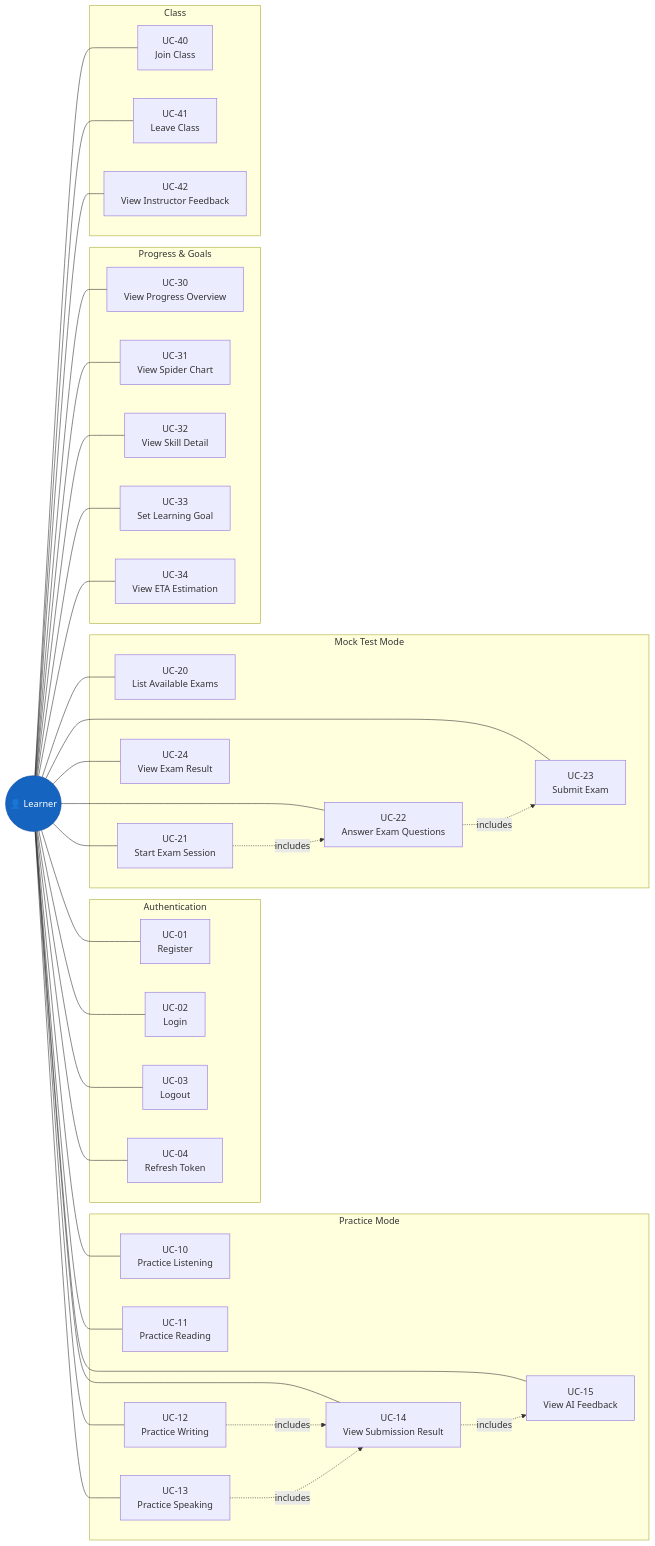
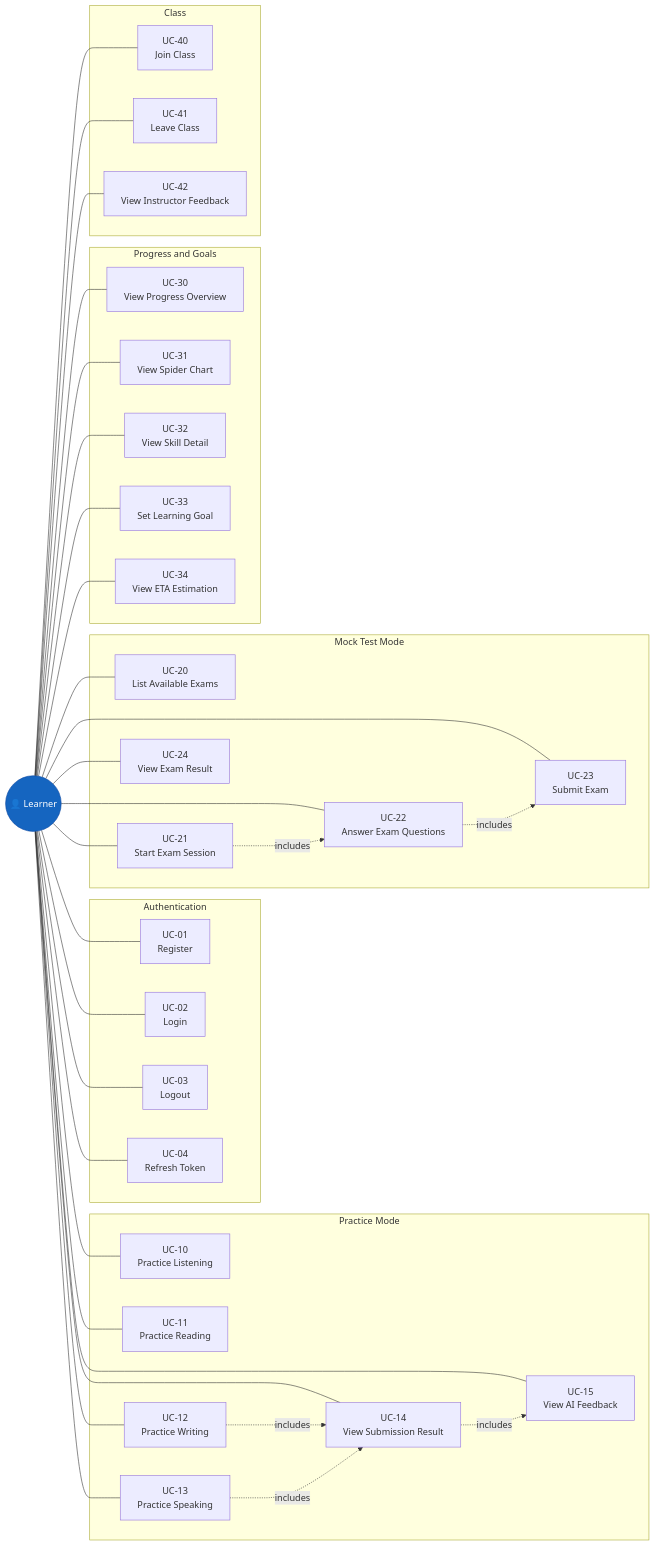
The second of 13 diagrams in docs/capstone/reports/ENG/report3-software-requirement-specification.md (nghyane/VSTEP), drawn with Mermaid before and after one commit. The commit also changed other lines of this file, not shown here.

First line of the commit message:
docs: fix Mermaid GitHub rendering — reserved words and unicode symbols

````diff
--- a/docs/capstone/reports/ENG/report3-software-requirement-specification.md
+++ b/docs/capstone/reports/ENG/report3-software-requirement-specification.md
@@ -286,77 +286,77 @@
 ```mermaid
 flowchart LR
     Learner(("👤 Learner"))
 
     subgraph Authentication ["Authentication"]
         UC01["UC-01\nRegister"]
         UC02["UC-02\nLogin"]
         UC03["UC-03\nLogout"]
         UC04["UC-04\nRefresh Token"]
     end
 
     subgraph PracticeMode ["Practice Mode"]
         UC10["UC-10\nPractice Listening"]
         UC11["UC-11\nPractice Reading"]
         UC12["UC-12\nPractice Writing"]
         UC13["UC-13\nPractice Speaking"]
         UC14["UC-14\nView Submission Result"]
         UC15["UC-15\nView AI Feedback"]
     end
 
     subgraph ExamMode ["Mock Test Mode"]
         UC20["UC-20\nList Available Exams"]
         UC21["UC-21\nStart Exam Session"]
         UC22["UC-22\nAnswer Exam Questions"]
         UC23["UC-23\nSubmit Exam"]
         UC24["UC-24\nView Exam Result"]
     end
 
-    subgraph ProgressGoals ["Progress & Goals"]
+    subgraph ProgressGoals ["Progress and Goals"]
         UC30["UC-30\nView Progress Overview"]
         UC31["UC-31\nView Spider Chart"]
         UC32["UC-32\nView Skill Detail"]
         UC33["UC-33\nSet Learning Goal"]
         UC34["UC-34\nView ETA Estimation"]
     end
 
     subgraph ClassEnroll ["Class"]
         UC40["UC-40\nJoin Class"]
         UC41["UC-41\nLeave Class"]
         UC42["UC-42\nView Instructor Feedback"]
     end
 
     Learner --- UC01
     Learner --- UC02
     Learner --- UC03
     Learner --- UC04
     Learner --- UC10
     Learner --- UC11
     Learner --- UC12
     Learner --- UC13
     Learner --- UC14
     Learner --- UC15
     Learner --- UC20
     Learner --- UC21
     Learner --- UC22
     Learner --- UC23
     Learner --- UC24
     Learner --- UC30
     Learner --- UC31
     Learner --- UC32
     Learner --- UC33
     Learner --- UC34
     Learner --- UC40
     Learner --- UC41
     Learner --- UC42
 
     UC12 -.->|"includes"| UC14
     UC13 -.->|"includes"| UC14
     UC14 -.->|"includes"| UC15
     UC21 -.->|"includes"| UC22
     UC22 -.->|"includes"| UC23
 
     classDef actor fill:#1565c0,stroke:#0d47a1,color:#fff
     classDef uc fill:#fff,stroke:#333,color:#333
 
     class Learner actor
 ```
````
